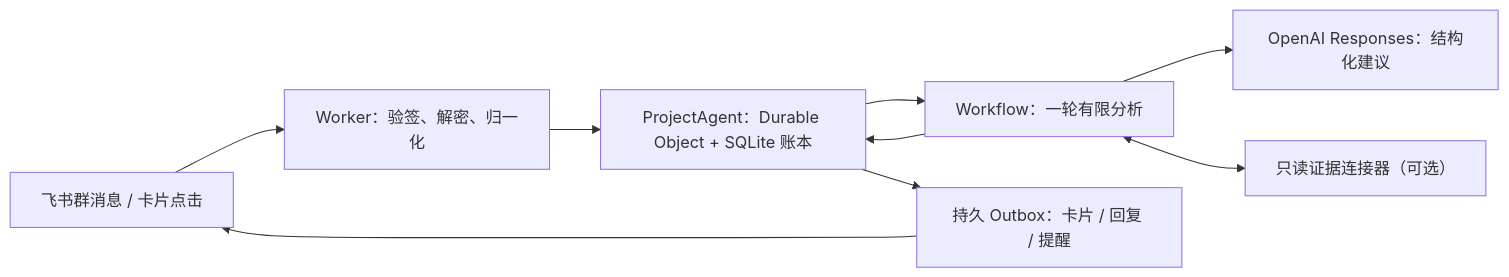
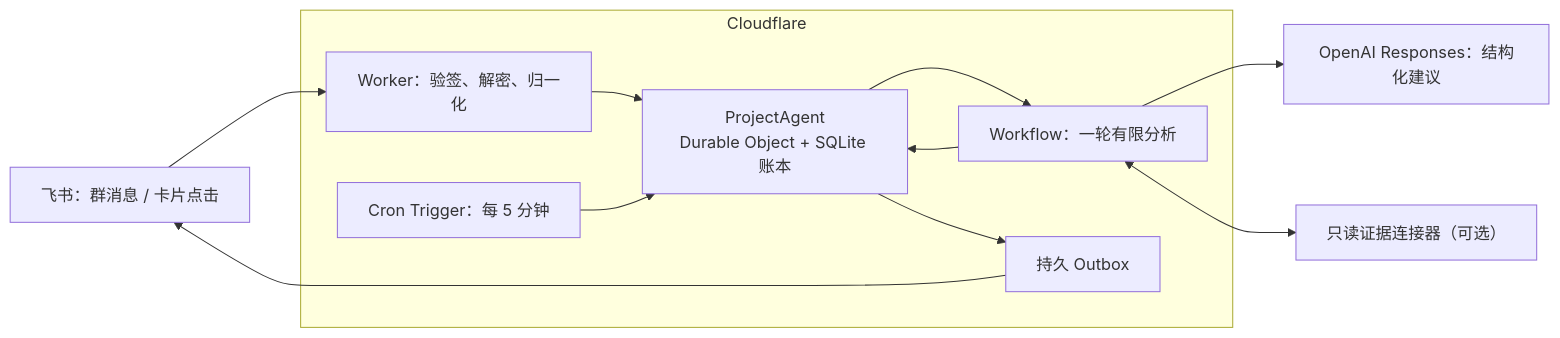
One commit to johntnk/Mysuperagent changed the second of 2 diagrams in README.md. Above: the diagram before and after it, drawn with Mermaid. The commit also changed other lines of this file, not shown here.

````diff
--- a/README.md
+++ b/README.md
@@ -26,11 +167,14 @@
 ```mermaid
 flowchart LR
-    F[飞书群消息 / 卡片点击] --> W[Worker：验签、解密、归一化]
-    W --> D[ProjectAgent：Durable Object + SQLite 账本]
-    D --> R[Workflow：一轮有限分析]
-    R --> M[OpenAI Responses：结构化建议]
-    R <--> C[只读证据连接器（可选）]
-    R --> D
-    D --> O[持久 Outbox：卡片 / 回复 / 提醒]
+    F["飞书：群消息 / 卡片点击"] --> W
+    subgraph CF["Cloudflare"]
+        W["Worker：验签、解密、归一化"] --> D["ProjectAgent<br/>Durable Object + SQLite 账本"]
+        T["Cron Trigger：每 5 分钟"] --> D
+        D --> R["Workflow：一轮有限分析"]
+        R --> D
+        D --> O["持久 Outbox"]
+    end
+    R --> M["OpenAI Responses：结构化建议"]
+    R <--> C["只读证据连接器（可选）"]
     O --> F
 ```
````
